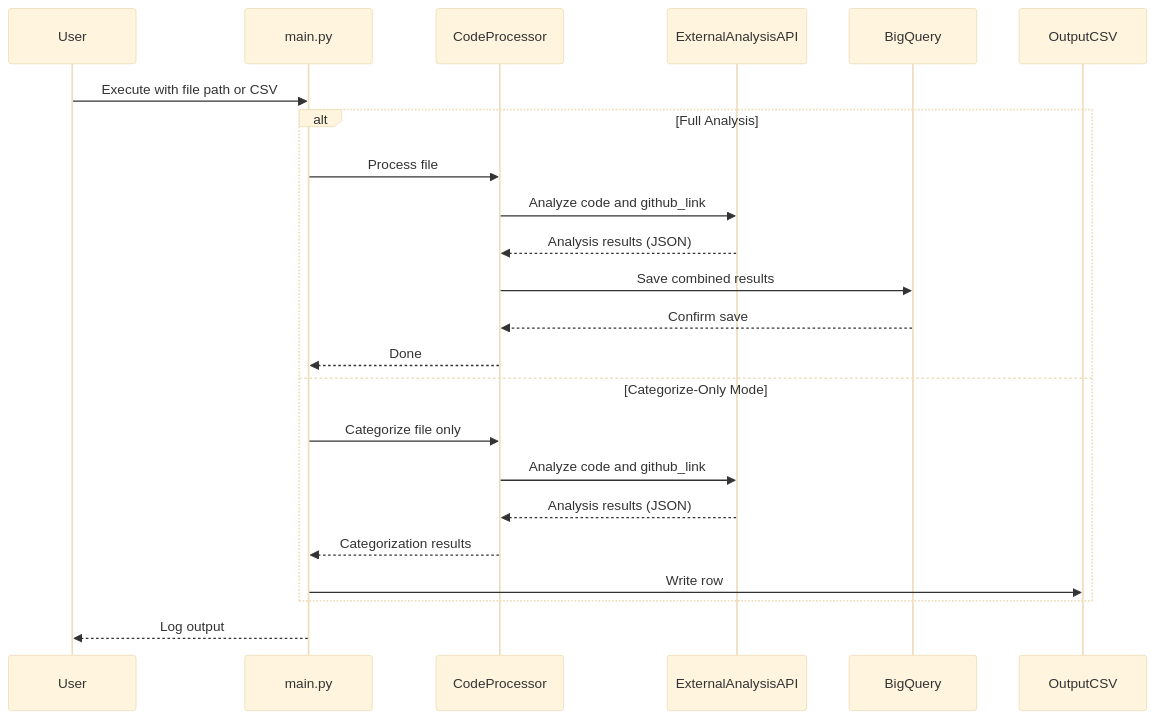
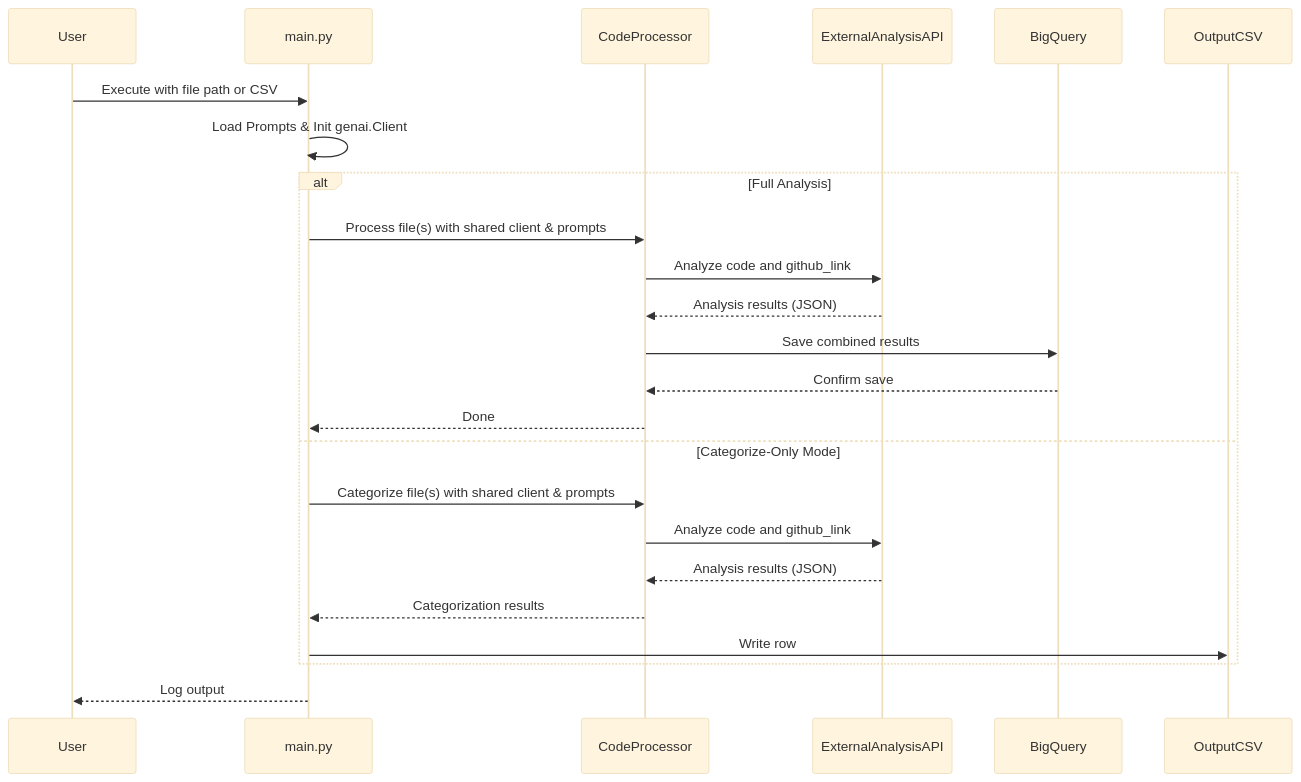
The second of 2 diagrams in docs/TECHNICAL_DESIGN.md (joeshirey/JSRepoAnalysis), drawn with Mermaid (base theme) before and after one commit. The commit also changed other lines of this file and 6 other files, not shown here.

````diff
--- a/docs/TECHNICAL_DESIGN.md
+++ b/docs/TECHNICAL_DESIGN.md
@@ -75,28 +76,29 @@
 ```mermaid
 sequenceDiagram
     participant User
     participant main.py
     participant CodeProcessor
     participant ExternalAnalysisAPI
     participant BigQuery
     participant OutputCSV
 
     User->>main.py: Execute with file path or CSV
+    main.py->>main.py: Load Prompts & Init genai.Client
     
     alt Full Analysis
-        main.py->>CodeProcessor: Process file
+        main.py->>CodeProcessor: Process file(s) with shared client & prompts
         CodeProcessor->>ExternalAnalysisAPI: Analyze code and github_link
         ExternalAnalysisAPI-->>CodeProcessor: Analysis results (JSON)
         CodeProcessor->>BigQuery: Save combined results
         BigQuery-->>CodeProcessor: Confirm save
         CodeProcessor-->>main.py: Done
     else Categorize-Only Mode
-        main.py->>CodeProcessor: Categorize file only
+        main.py->>CodeProcessor: Categorize file(s) with shared client & prompts
         CodeProcessor->>ExternalAnalysisAPI: Analyze code and github_link
         ExternalAnalysisAPI-->>CodeProcessor: Analysis results (JSON)
         CodeProcessor-->>main.py: Categorization results
         main.py->>OutputCSV: Write row
     end
 
     main.py-->>User: Log output
 ```
````
